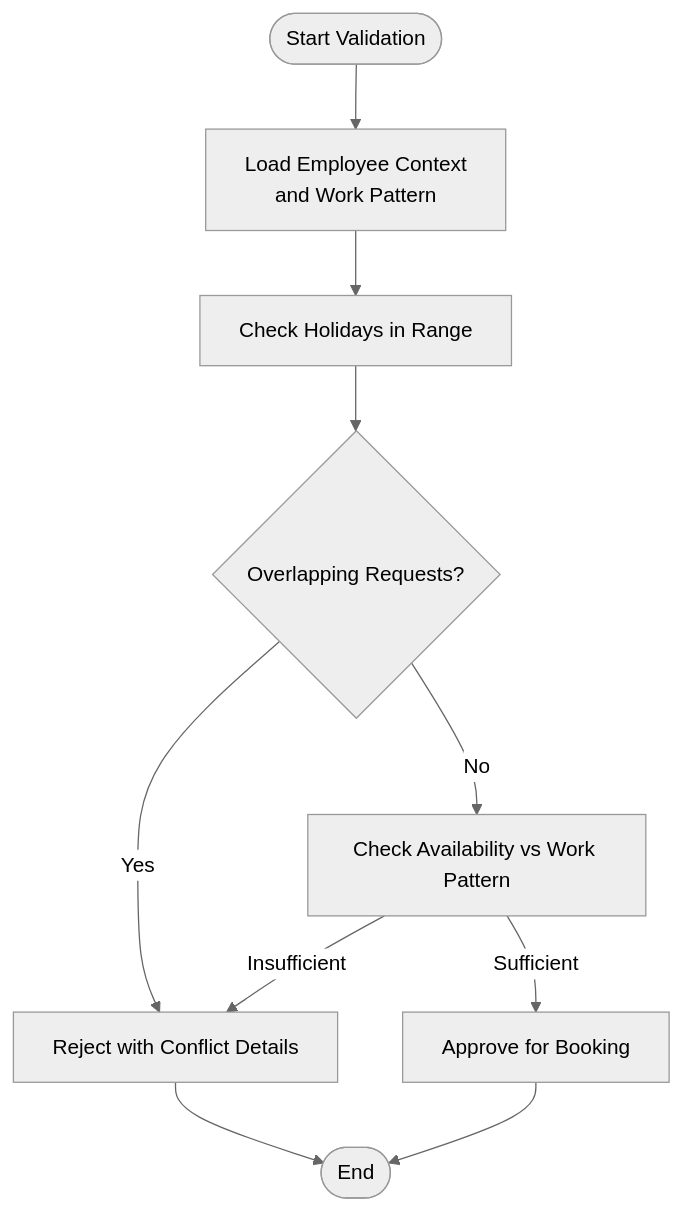
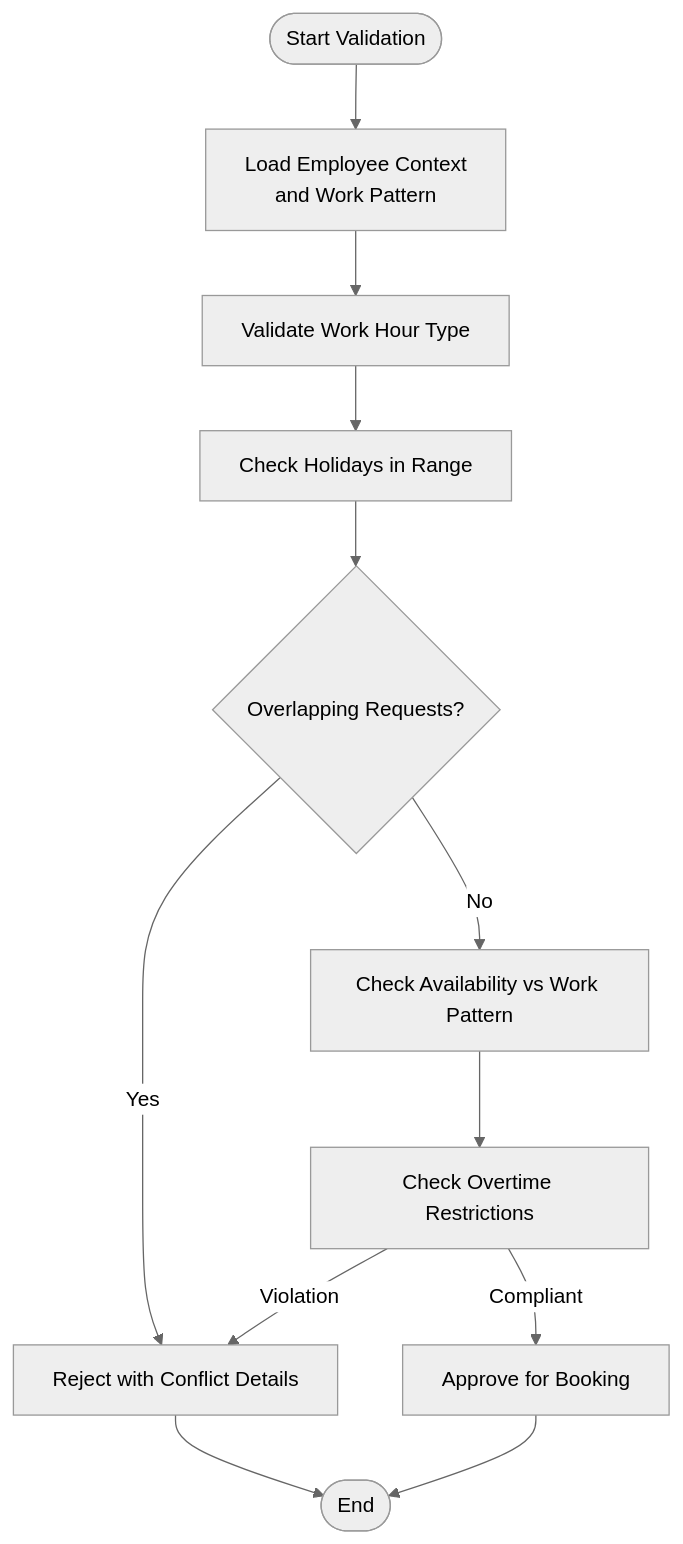
The sixth of 7 diagrams in .qoder/repowiki/en/content/Database Schema/Advanced Features Tables/Leave Management Tables.md (EdwinCycling/LiquidHR), drawn with Mermaid (neutral theme) before and after one commit. The commit also changed other lines of this file and 120 other files, not shown here.

````diff
--- a/.qoder/repowiki/en/content/Database Schema/Advanced Features Tables/Leave Management Tables.md
+++ b/.qoder/repowiki/en/content/Database Schema/Advanced Features Tables/Leave Management Tables.md
@@ -262,12 +362,14 @@
 ```mermaid
 flowchart TD
 Start(["Start Validation"]) --> LoadContext["Load Employee Context<br/>and Work Pattern"]
-LoadContext --> CheckHolidays["Check Holidays in Range"]
+LoadContext --> CheckWorkHourType["Validate Work Hour Type"]
+CheckWorkHourType --> CheckHolidays["Check Holidays in Range"]
 CheckHolidays --> CheckOverlaps{"Overlapping Requests?"}
 CheckOverlaps --> |Yes| Reject["Reject with Conflict Details"]
 CheckOverlaps --> |No| CheckAvailability["Check Availability vs Work Pattern"]
-CheckAvailability --> |Insufficient| Reject
-CheckAvailability --> |Sufficient| Approve["Approve for Booking"]
+CheckAvailability --> CheckOvertime["Check Overtime Restrictions"]
+CheckOvertime --> |Violation| Reject
+CheckOvertime --> |Compliant| Approve["Approve for Booking"]
 Reject --> End(["End"])
 Approve --> End
 ```
````
